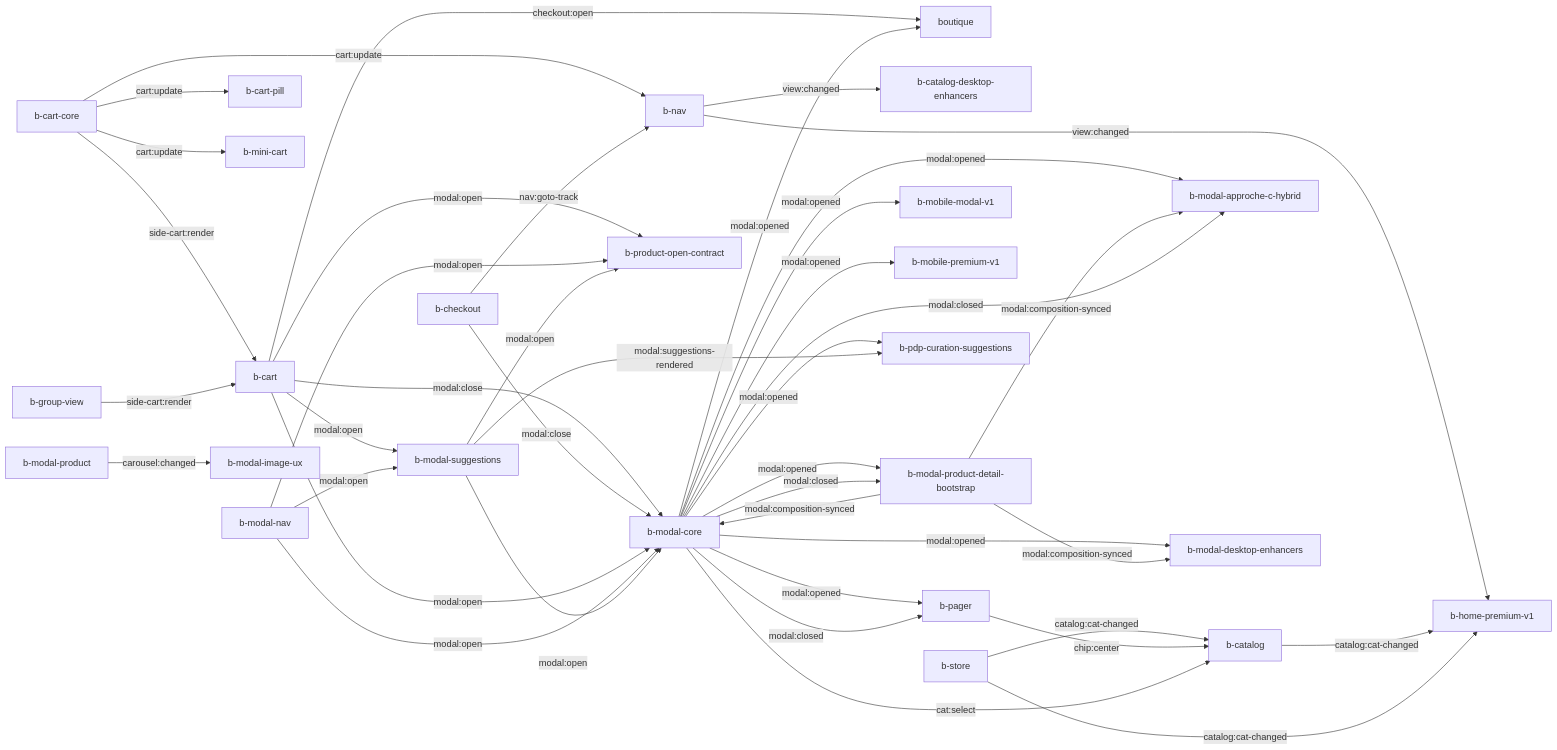
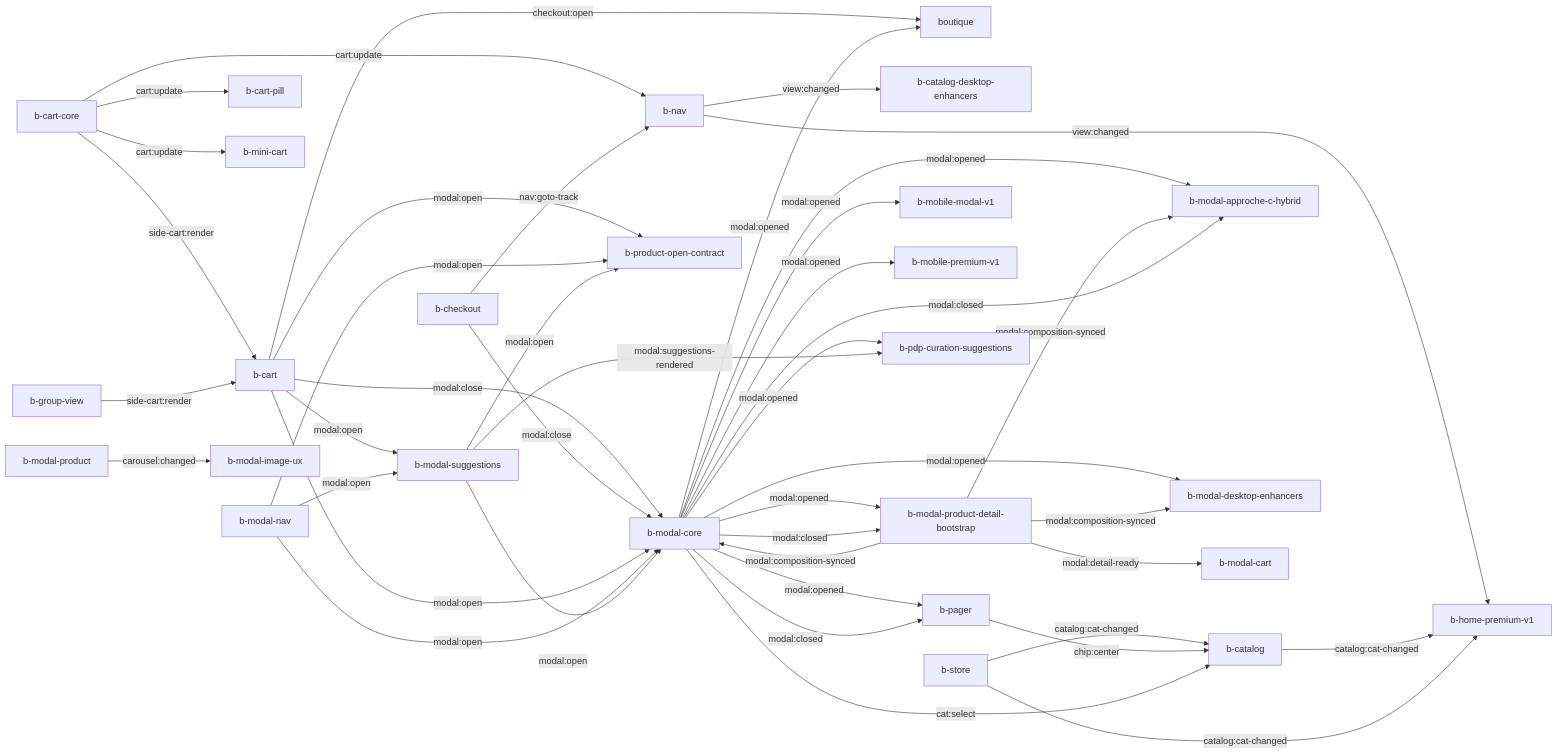
The diagram in docs/BOUTIQUE_360.md (SamyrFateh/komerce-backend), drawn with Mermaid before and after one commit. The commit also changed other lines of this file and 22 other files, not shown here.

````diff
--- a/docs/BOUTIQUE_360.md
+++ b/docs/BOUTIQUE_360.md
@@ -95,43 +96,44 @@
 ```mermaid
 graph LR
   b_cart_core["b-cart-core"] -->|side-cart:render| b_cart["b-cart"]
   b_group_view["b-group-view"] -->|side-cart:render| b_cart["b-cart"]
   b_cart_core["b-cart-core"] -->|cart:update| b_cart_pill["b-cart-pill"]
   b_cart_core["b-cart-core"] -->|cart:update| b_mini_cart["b-mini-cart"]
   b_cart_core["b-cart-core"] -->|cart:update| b_nav["b-nav"]
   b_cart["b-cart"] -->|modal:close| b_modal_core["b-modal-core"]
   b_checkout["b-checkout"] -->|modal:close| b_modal_core["b-modal-core"]
   b_cart["b-cart"] -->|checkout:open| boutique["boutique"]
   b_cart["b-cart"] -->|modal:open| b_modal_core["b-modal-core"]
   b_cart["b-cart"] -->|modal:open| b_modal_suggestions["b-modal-suggestions"]
   b_cart["b-cart"] -->|modal:open| b_product_open_contract["b-product-open-contract"]
   b_modal_nav["b-modal-nav"] -->|modal:open| b_modal_core["b-modal-core"]
   b_modal_nav["b-modal-nav"] -->|modal:open| b_modal_suggestions["b-modal-suggestions"]
   b_modal_nav["b-modal-nav"] -->|modal:open| b_product_open_contract["b-product-open-contract"]
   b_modal_suggestions["b-modal-suggestions"] -->|modal:open| b_modal_core["b-modal-core"]
   b_modal_suggestions["b-modal-suggestions"] -->|modal:open| b_product_open_contract["b-product-open-contract"]
   b_nav["b-nav"] -->|view:changed| b_catalog_desktop_enhancers["b-catalog-desktop-enhancers"]
   b_nav["b-nav"] -->|view:changed| b_home_premium_v1["b-home-premium-v1"]
   b_catalog["b-catalog"] -->|catalog:cat-changed| b_home_premium_v1["b-home-premium-v1"]
   b_store["b-store"] -->|catalog:cat-changed| b_catalog["b-catalog"]
   b_store["b-store"] -->|catalog:cat-changed| b_home_premium_v1["b-home-premium-v1"]
   b_pager["b-pager"] -->|chip:center| b_catalog["b-catalog"]
   b_modal_core["b-modal-core"] -->|cat:select| b_catalog["b-catalog"]
   b_checkout["b-checkout"] -->|nav:goto-track| b_nav["b-nav"]
   b_modal_core["b-modal-core"] -->|modal:opened| b_mobile_modal_v1["b-mobile-modal-v1"]
   b_modal_core["b-modal-core"] -->|modal:opened| b_mobile_premium_v1["b-mobile-premium-v1"]
   b_modal_core["b-modal-core"] -->|modal:opened| b_modal_approche_c_hybrid["b-modal-approche-c-hybrid"]
   b_modal_core["b-modal-core"] -->|modal:opened| b_modal_desktop_enhancers["b-modal-desktop-enhancers"]
   b_modal_core["b-modal-core"] -->|modal:opened| b_modal_product_detail_bootstrap["b-modal-product-detail-bootstrap"]
   b_modal_core["b-modal-core"] -->|modal:opened| b_pager["b-pager"]
   b_modal_core["b-modal-core"] -->|modal:opened| b_pdp_curation_suggestions["b-pdp-curation-suggestions"]
   b_modal_core["b-modal-core"] -->|modal:opened| boutique["boutique"]
   b_modal_product_detail_bootstrap["b-modal-product-detail-bootstrap"] -->|modal:composition-synced| b_modal_approche_c_hybrid["b-modal-approche-c-hybrid"]
   b_modal_product_detail_bootstrap["b-modal-product-detail-bootstrap"] -->|modal:composition-synced| b_modal_core["b-modal-core"]
   b_modal_product_detail_bootstrap["b-modal-product-detail-bootstrap"] -->|modal:composition-synced| b_modal_desktop_enhancers["b-modal-desktop-enhancers"]
   b_modal_core["b-modal-core"] -->|modal:closed| b_modal_approche_c_hybrid["b-modal-approche-c-hybrid"]
   b_modal_core["b-modal-core"] -->|modal:closed| b_modal_product_detail_bootstrap["b-modal-product-detail-bootstrap"]
   b_modal_core["b-modal-core"] -->|modal:closed| b_pager["b-pager"]
+  b_modal_product_detail_bootstrap["b-modal-product-detail-bootstrap"] -->|modal:detail-ready| b_modal_cart["b-modal-cart"]
   b_modal_product["b-modal-product"] -->|carousel:changed| b_modal_image_ux["b-modal-image-ux"]
   b_modal_suggestions["b-modal-suggestions"] -->|modal:suggestions-rendered| b_pdp_curation_suggestions["b-pdp-curation-suggestions"]
 ```
````
